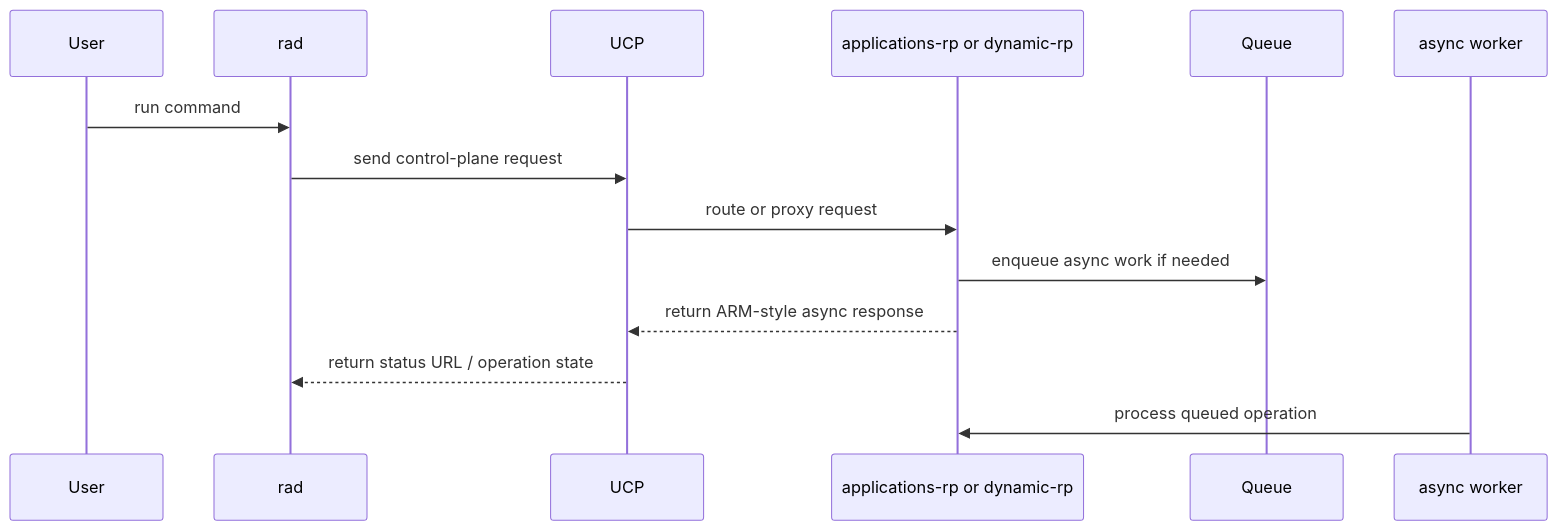
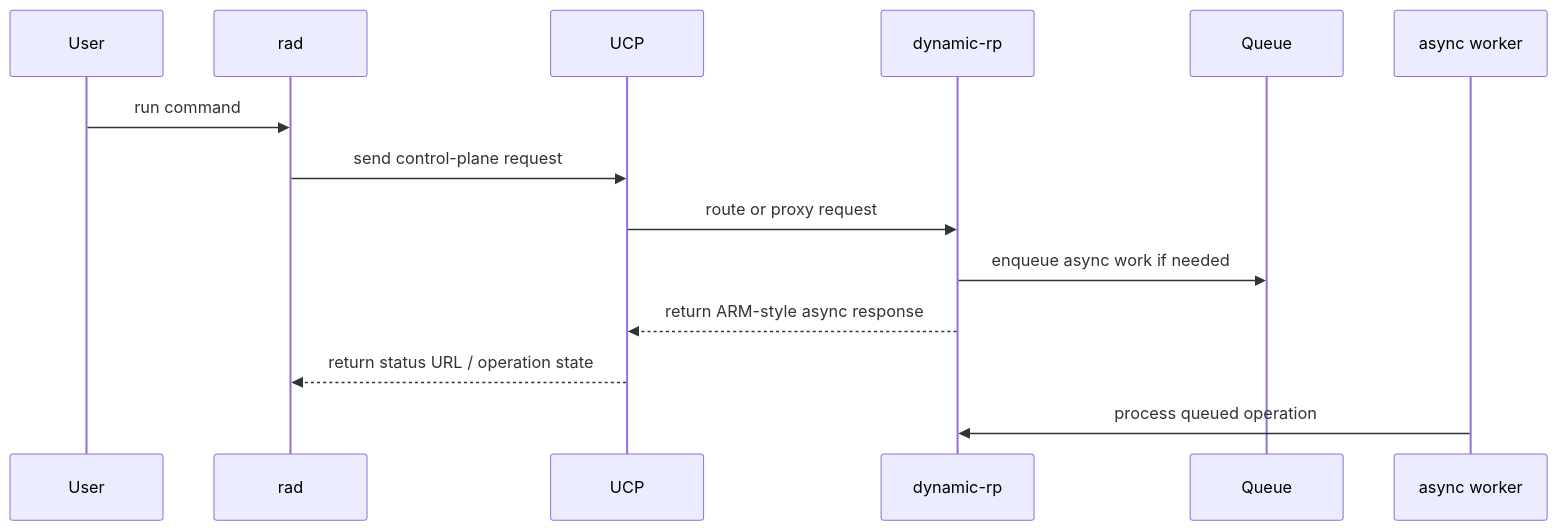
The second of 3 diagrams in docs/architecture/service-interaction-map.md (radius-project/radius), drawn with Mermaid before and after one commit. The commit also changed other lines of this file and 10 other files, not shown here.

````diff
--- a/docs/architecture/service-interaction-map.md
+++ b/docs/architecture/service-interaction-map.md
@@ -90,17 +86,17 @@
 ```mermaid
 sequenceDiagram
     participant User
     participant CLI as rad
     participant UCP
-    participant RP as applications-rp or dynamic-rp
+  participant RP as dynamic-rp
     participant Queue
     participant Worker as async worker
 
     User->>CLI: run command
     CLI->>UCP: send control-plane request
     UCP->>RP: route or proxy request
     RP->>Queue: enqueue async work if needed
     RP-->>UCP: return ARM-style async response
     UCP-->>CLI: return status URL / operation state
     Worker->>RP: process queued operation
 ```
````
